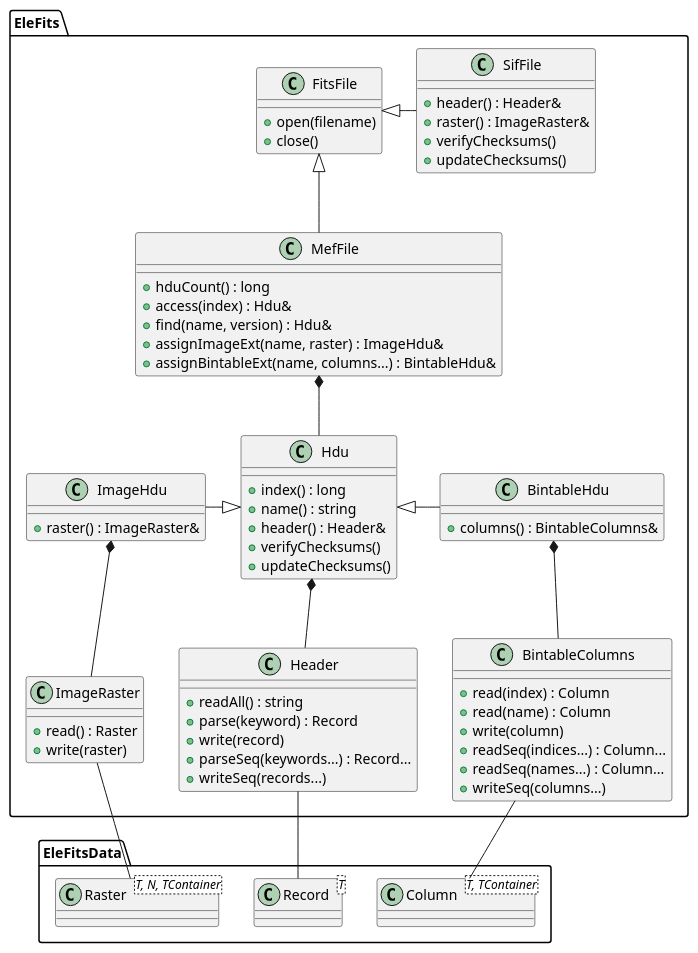
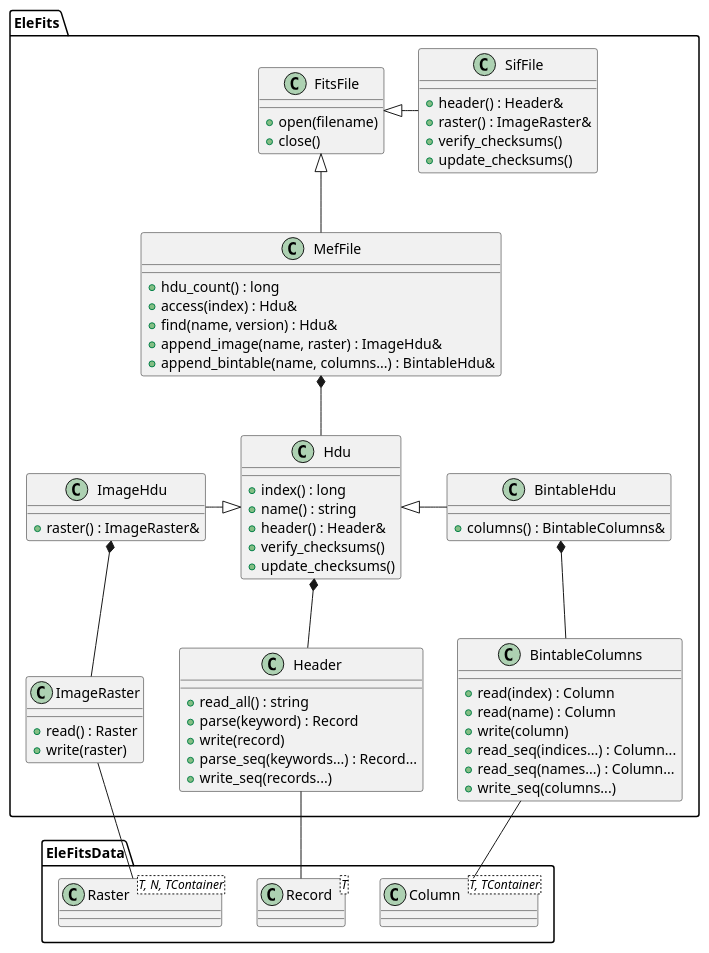
The diagram in doc/diagrams/src/FitsFile.puml (CNES/EleFits), drawn with PlantUML before and after one commit. The commit also changed 77 other files, not shown here.

```diff
--- a/doc/diagrams/src/FitsFile.puml
+++ b/doc/diagrams/src/FitsFile.puml
@@ -1,88 +1,88 @@
 @startuml
 package EleFitsData {
 
 class Record<T> {
 }
 
 class Raster<T, N, TContainer> {
 }
 
 class Column<T, TContainer> {
 }
 
 }
 
 package EleFits {
 
 class FitsFile {
 + open(filename)
 + close()
 }
 
 class SifFile {
 + header() : Header&
 + raster() : ImageRaster&
-+ verifyChecksums()
-+ updateChecksums()
++ verify_checksums()
++ update_checksums()
 }
 
 class MefFile {
-+ hduCount() : long
++ hdu_count() : long
 + access(index) : Hdu&
 + find(name, version) : Hdu&
-+ assignImageExt(name, raster) : ImageHdu&
-+ assignBintableExt(name, columns...) : BintableHdu&
++ append_image(name, raster) : ImageHdu&
++ append_bintable(name, columns...) : BintableHdu&
 }
 
 class Hdu {
 + index() : long
 + name() : string
 + header() : Header&
-+ verifyChecksums()
-+ updateChecksums()
++ verify_checksums()
++ update_checksums()
 }
 
 class ImageHdu {
 + raster() : ImageRaster&
 }
 
 class BintableHdu {
 + columns() : BintableColumns&
 }
 
 class Header {
-+ readAll() : string
++ read_all() : string
 + parse(keyword) : Record
 + write(record)
-+ parseSeq(keywords...) : Record...
-+ writeSeq(records...)
++ parse_seq(keywords...) : Record...
++ write_seq(records...)
 }
 
 class ImageRaster {
 + read() : Raster
 + write(raster)
 }
 
 class BintableColumns {
 + read(index) : Column
 + read(name) : Column
 + write(column)
-+ readSeq(indices...) : Column...
-+ readSeq(names...) : Column...
-+ writeSeq(columns...)
++ read_seq(indices...) : Column...
++ read_seq(names...) : Column...
++ write_seq(columns...)
 }
 
 }
 
 FitsFile <|- SifFile
 FitsFile <|-- MefFile
 ImageHdu -|> Hdu
 Hdu <|- BintableHdu
 Hdu *-- Header
 ImageHdu *-- ImageRaster
 BintableHdu *-- BintableColumns
 MefFile *-- Hdu
 Header -- Record
 ImageRaster -- Raster
 BintableColumns -- Column
 @enduml
```
